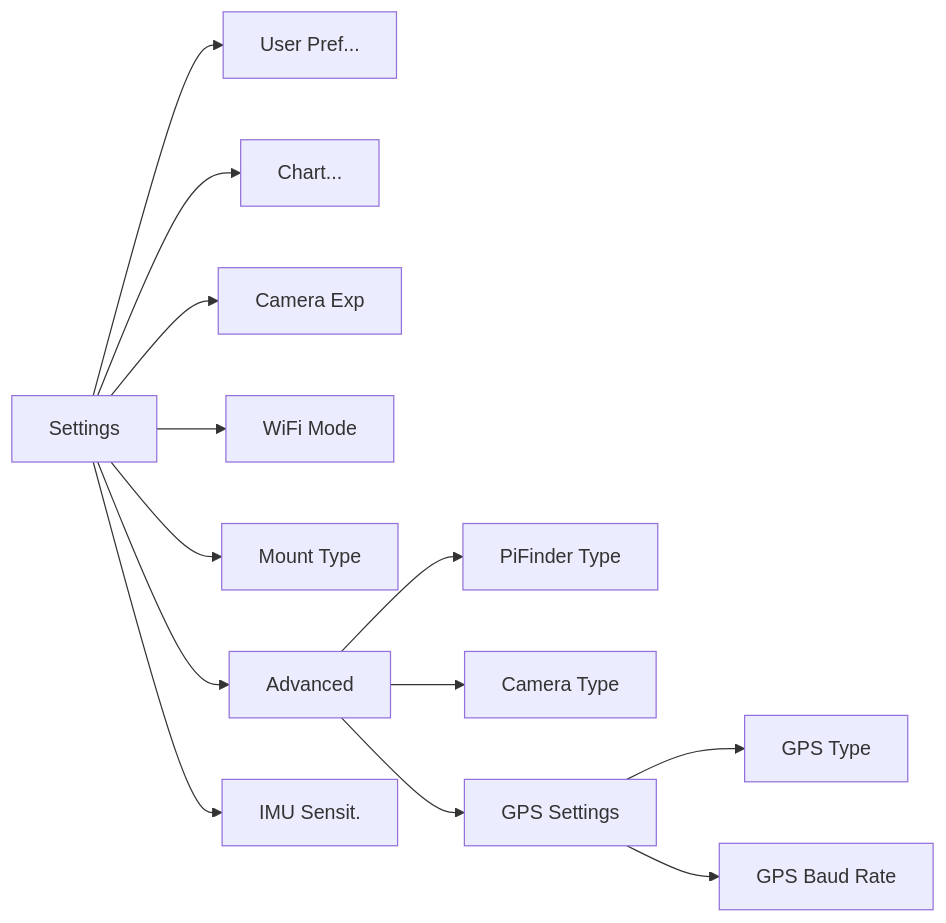
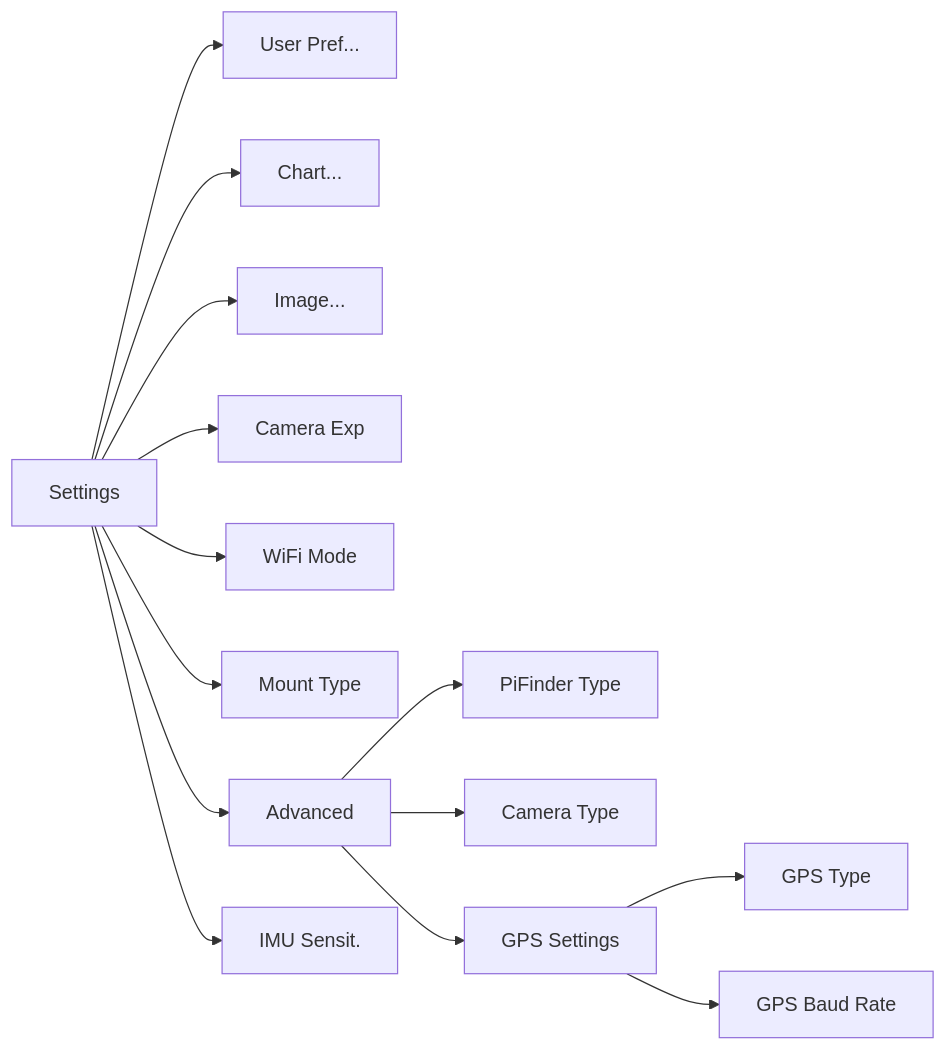
The fifth of 6 diagrams in docs/source/menu_map.rst (brickbots/PiFinder), drawn with Mermaid before and after one commit. The commit also changed other lines of this file and 2 other files, not shown here.

First line of the commit message:
docs: document object-image overlays and the Settings Image... menu

```diff
--- a/docs/source/menu_map.rst
+++ b/docs/source/menu_map.rst
@@ -172,15 +172,16 @@
 .. mermaid::
 
    flowchart LR
        Settings --> UP["User Pref..."]
        Settings --> CH["Chart..."]
+       Settings --> IM["Image..."]
        Settings --> CE["Camera Exp"]
        Settings --> WM["WiFi Mode"]
        Settings --> MT["Mount Type"]
        Settings --> ADV["Advanced"]
        Settings --> IMU["IMU Sensit."]
        ADV --> PFT["PiFinder Type"]
        ADV --> CT["Camera Type"]
        ADV --> GPS["GPS Settings"]
        GPS --> GT["GPS Type"]
        GPS --> GB["GPS Baud Rate"]
```
